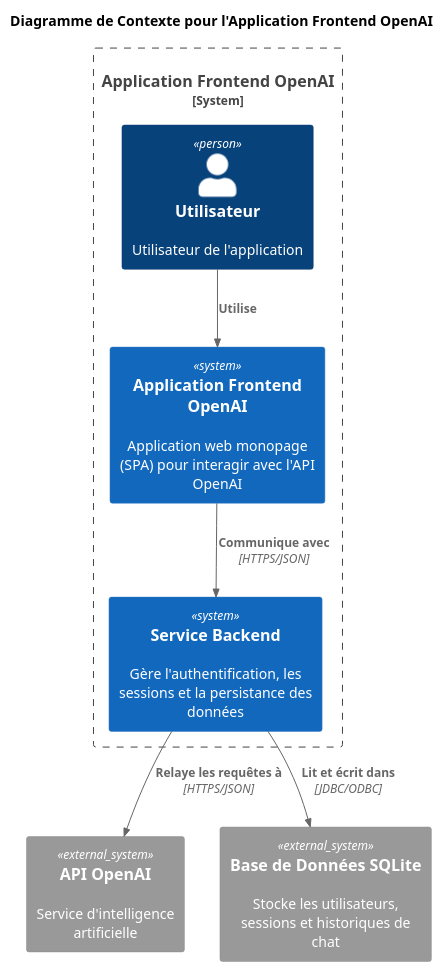
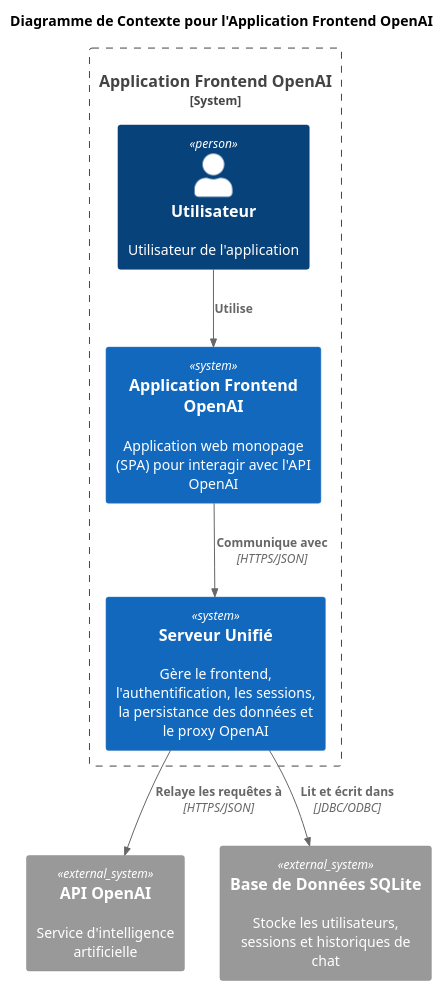
The diagram in architecture/diagrams/context.puml (JeanPCordeiro/myAIChat), drawn with PlantUML before and after one commit. The commit also changed 10 other files, not shown here.

Commit message:
gestion des users et sessions

```diff
--- a/architecture/diagrams/context.puml
+++ b/architecture/diagrams/context.puml
@@ -1,20 +1,20 @@
 @startuml
 !include https://raw.githubusercontent.com/plantuml-stdlib/C4-PlantUML/master/C4_Context.puml
 
 title Diagramme de Contexte pour l'Application Frontend OpenAI
 
 System_Boundary(c0, "Application Frontend OpenAI") {
     Person(user, "Utilisateur", "Utilisateur de l'application")
     System(frontend_app, "Application Frontend OpenAI", "Application web monopage (SPA) pour interagir avec l'API OpenAI")
-    System(backend_service, "Service Backend", "Gère l'authentification, les sessions et la persistance des données")
+    System(unified_server, "Serveur Unifié", "Gère le frontend, l'authentification, les sessions, la persistance des données et le proxy OpenAI")
 }
 
 System_Ext(openai_api, "API OpenAI", "Service d'intelligence artificielle")
 System_Ext(sqlite_db, "Base de Données SQLite", "Stocke les utilisateurs, sessions et historiques de chat")
 
 Rel(user, frontend_app, "Utilise")
-Rel(frontend_app, backend_service, "Communique avec", "HTTPS/JSON")
-Rel(backend_service, openai_api, "Relaye les requêtes à", "HTTPS/JSON")
-Rel(backend_service, sqlite_db, "Lit et écrit dans", "JDBC/ODBC")
+Rel(frontend_app, unified_server, "Communique avec", "HTTPS/JSON")
+Rel(unified_server, openai_api, "Relaye les requêtes à", "HTTPS/JSON")
+Rel(unified_server, sqlite_db, "Lit et écrit dans", "JDBC/ODBC")
 
 @enduml
```
